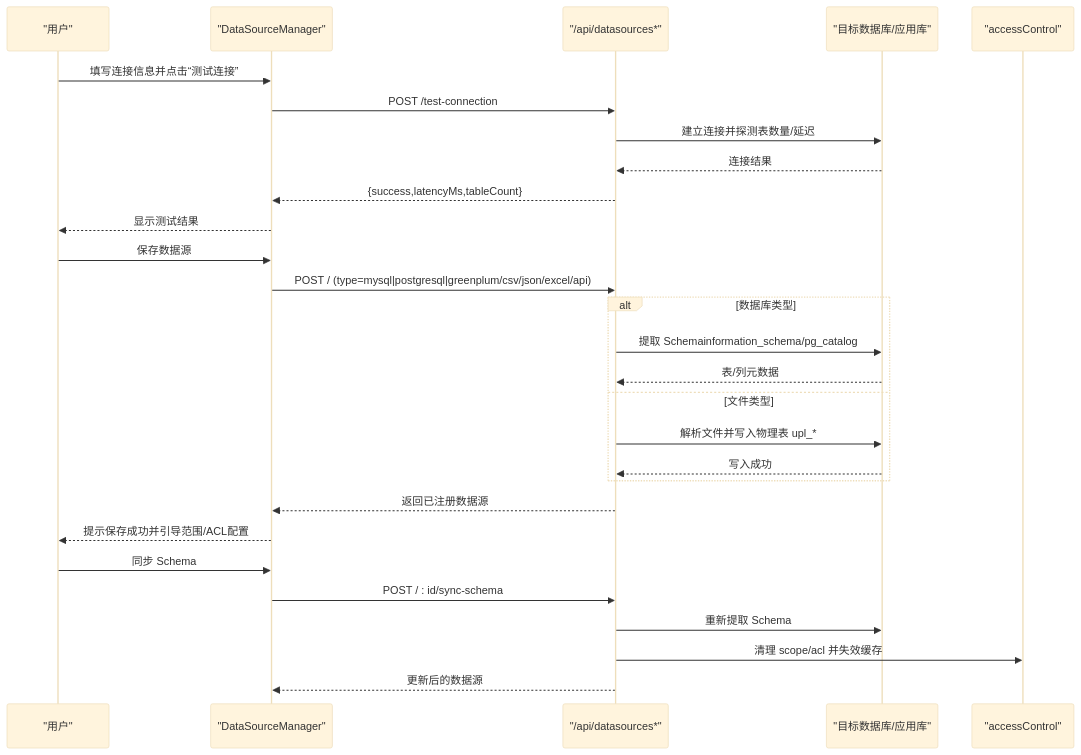
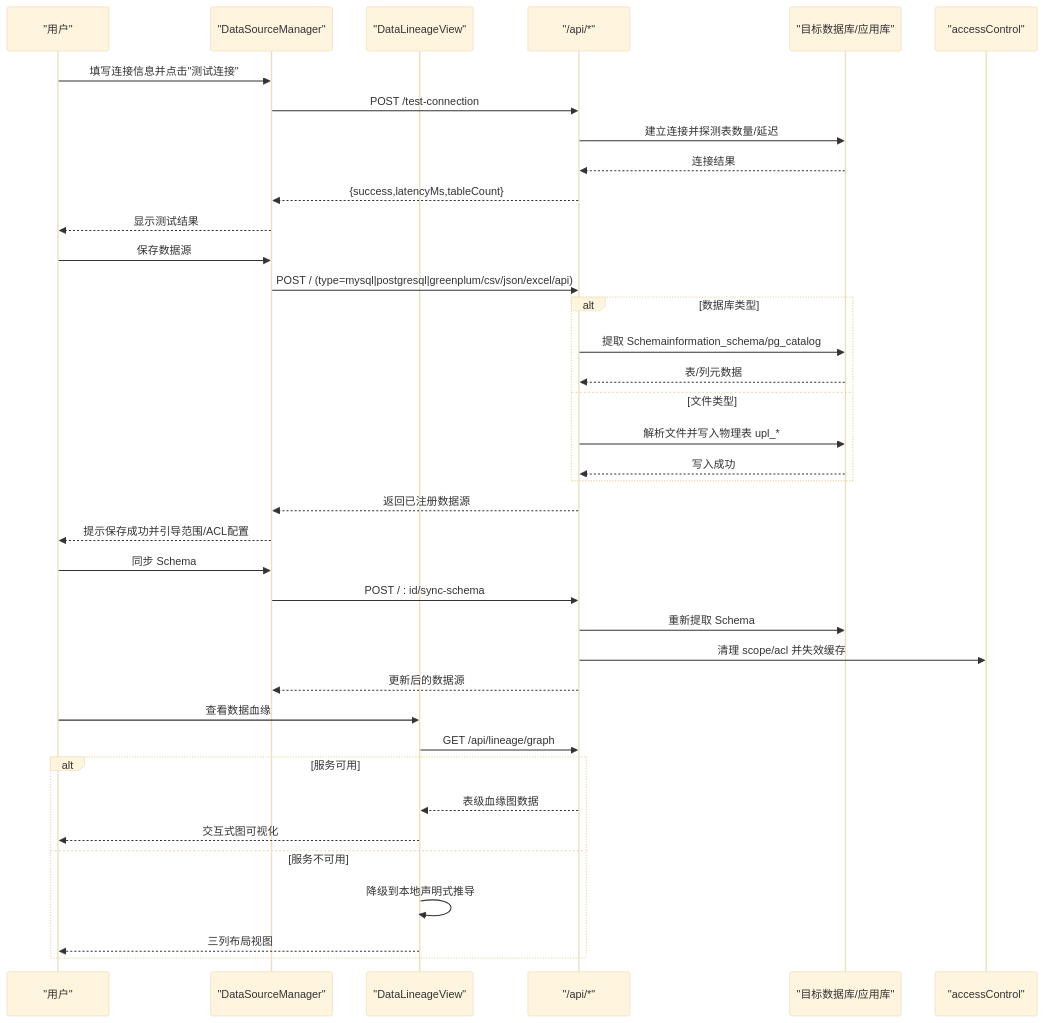
One commit to dgjin/smart-data-analytics changed the second of 7 diagrams in .qoder/repowiki/zh/content/前端应用/核心组件库/数据源管理组件.md. Above: the diagram before and after it, drawn with Mermaid (base theme). The commit also changed other lines of this file and 146 other files, not shown here.

````diff
--- a/.qoder/repowiki/zh/content/前端应用/核心组件库/数据源管理组件.md
+++ b/.qoder/repowiki/zh/content/前端应用/核心组件库/数据源管理组件.md
@@ -89,30 +140,40 @@
 ```mermaid
 sequenceDiagram
 participant U as "用户"
 participant F as "DataSourceManager"
-participant API as "/api/datasources*"
+participant DLV as "DataLineageView"
+participant API as "/api/*"
 participant DB as "目标数据库/应用库"
 participant AC as "accessControl"
-U->>F : 填写连接信息并点击“测试连接”
+U->>F : 填写连接信息并点击"测试连接"
 F->>API : POST /test-connection
 API->>DB : 建立连接并探测表数量/延迟
 DB-->>API : 连接结果
 API-->>F : {success,latencyMs,tableCount}
 F-->>U : 显示测试结果
 U->>F : 保存数据源
 F->>API : POST / (type=mysql|postgresql|greenplum/csv/json/excel/api)
 alt 数据库类型
 API->>DB : 提取 Schemainformation_schema/pg_catalog
 DB-->>API : 表/列元数据
 else 文件类型
 API->>DB : 解析文件并写入物理表 upl_*
 DB-->>API : 写入成功
 end
 API-->>F : 返回已注册数据源
 F-->>U : 提示保存成功并引导范围/ACL配置
 U->>F : 同步 Schema
 F->>API : POST / : id/sync-schema
 API->>DB : 重新提取 Schema
 API->>AC : 清理 scope/acl 并失效缓存
 API-->>F : 更新后的数据源
+U->>DLV : 查看数据血缘
+DLV->>API : GET /api/lineage/graph
+alt 服务可用
+API-->>DLV : 表级血缘图数据
+DLV-->>U : 交互式图可视化
+else 服务不可用
+DLV->>DLV : 降级到本地声明式推导
+DLV-->>U : 三列布局视图
+end
 ```
````
